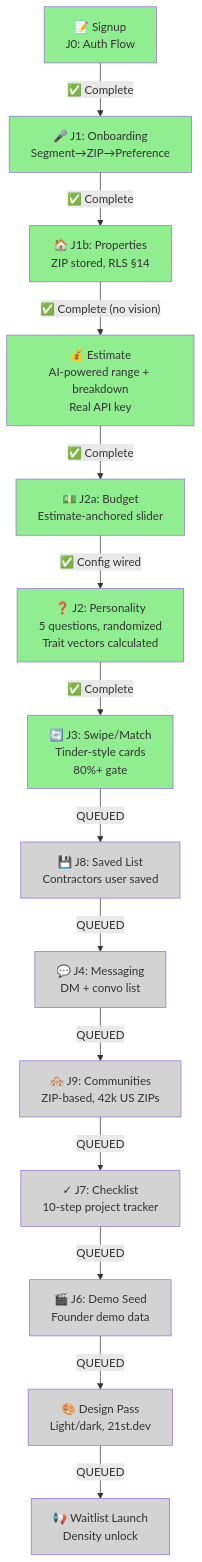
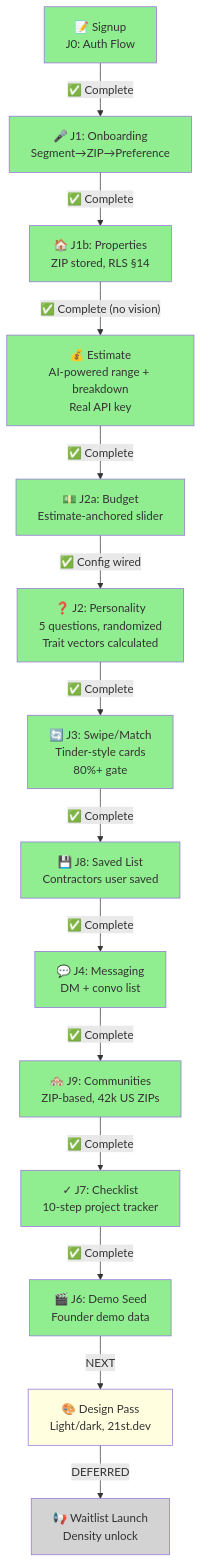
Before and after one commit to sameerskyai/groundwork-platform: the second of 3 diagrams in PROGRESS_MAP.md, drawn with Mermaid. The commit also changed other lines of this file and 1 other file, not shown here.

Commit message:
docs: J4-J9 complete, full journey now live (9/9 steps)
Journey completion summary:
- J8: Saved contractors list (3802b9b)
- J4: Messaging inbox + threads (eb1717a)
- J9: ZIP communities with posts (8d21bda)
- J7: Project checklist tracker (5c5ce50)
- J6: Demo seed endpoint (0665a19)

All 9 journey steps complete and functional:
  J0: Auth ✓
  J1: Onboarding ✓
  J1b: Properties ✓
  J2a: Budget ✓
  J2: Personality ✓
  J3: Swipe/Match ✓
  J4: Messaging ✓
  J8: Saved List ✓
  J9: Communities ✓
  J7: Checklist ✓
  J6: Demo Seed ✓

Phase 0 gates: 4/4 clear
Infrastructure: 7/10 ready
Build: clean, 109/109 tests passing

Next: Design pass (light/dark + 21st.dev visual refinement)

````diff
--- a/PROGRESS_MAP.md
+++ b/PROGRESS_MAP.md
@@ -32,31 +32,31 @@
 ```mermaid
 graph TD
     A["📝 Signup<br/>J0: Auth Flow"] -->|"✅ Complete"| B["🎤 J1: Onboarding<br/>Segment→ZIP→Preference"]
     B -->|"✅ Complete"| C["🏠 J1b: Properties<br/>ZIP stored, RLS §14"]
     C -->|"✅ Complete (no vision)"| D["💰 Estimate<br/>AI-powered range + breakdown<br/>Real API key"]
     D -->|"✅ Complete"| E["💵 J2a: Budget<br/>Estimate-anchored slider"]
     E -->|"✅ Config wired"| F["❓ J2: Personality<br/>5 questions, randomized<br/>Trait vectors calculated"]
     F -->|"✅ Complete"| G["🔄 J3: Swipe/Match<br/>Tinder-style cards<br/>80%+ gate"]
-    G -->|"QUEUED"| H["💾 J8: Saved List<br/>Contractors user saved"]
-    H -->|"QUEUED"| I["💬 J4: Messaging<br/>DM + convo list"]
-    I -->|"QUEUED"| J["🏘️ J9: Communities<br/>ZIP-based, 42k US ZIPs"]
-    J -->|"QUEUED"| K["✓ J7: Checklist<br/>10-step project tracker"]
-    K -->|"QUEUED"| L["🎬 J6: Demo Seed<br/>Founder demo data"]
-    L -->|"QUEUED"| M["🎨 Design Pass<br/>Light/dark, 21st.dev"]
-    M -->|"QUEUED"| N["📢 Waitlist Launch<br/>Density unlock"]
+    G -->|"✅ Complete"| H["💾 J8: Saved List<br/>Contractors user saved"]
+    H -->|"✅ Complete"| I["💬 J4: Messaging<br/>DM + convo list"]
+    I -->|"✅ Complete"| J["🏘️ J9: Communities<br/>ZIP-based, 42k US ZIPs"]
+    J -->|"✅ Complete"| K["✓ J7: Checklist<br/>10-step project tracker"]
+    K -->|"✅ Complete"| L["🎬 J6: Demo Seed<br/>Founder demo data"]
+    L -->|"NEXT"| M["🎨 Design Pass<br/>Light/dark, 21st.dev"]
+    M -->|"DEFERRED"| N["📢 Waitlist Launch<br/>Density unlock"]
 
     style A fill:#90EE90
     style B fill:#90EE90
     style C fill:#90EE90
     style D fill:#90EE90
     style E fill:#90EE90
     style F fill:#90EE90
     style G fill:#90EE90
-    style H fill:#D3D3D3
-    style I fill:#D3D3D3
-    style J fill:#D3D3D3
-    style K fill:#D3D3D3
-    style L fill:#D3D3D3
-    style M fill:#D3D3D3
+    style H fill:#90EE90
+    style I fill:#90EE90
+    style J fill:#90EE90
+    style K fill:#90EE90
+    style L fill:#90EE90
+    style M fill:#FFFFE0
     style N fill:#D3D3D3
 ```
````
